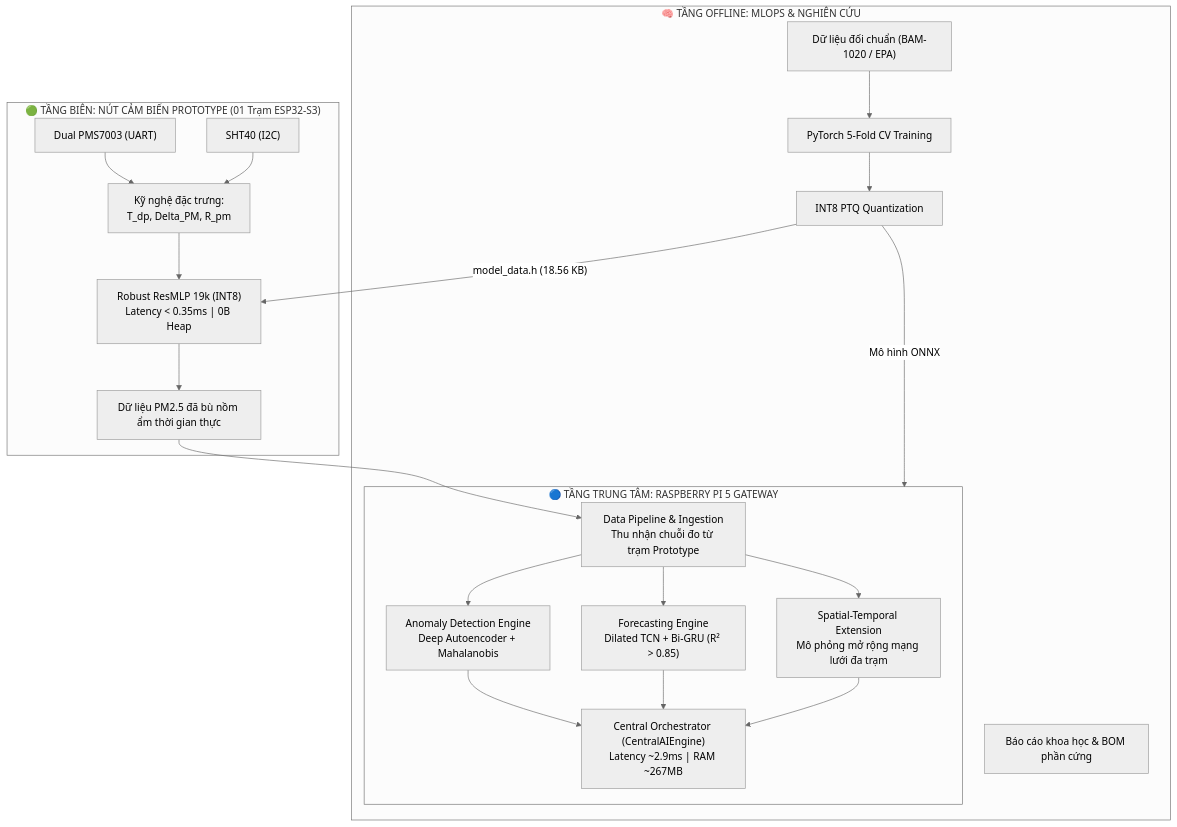
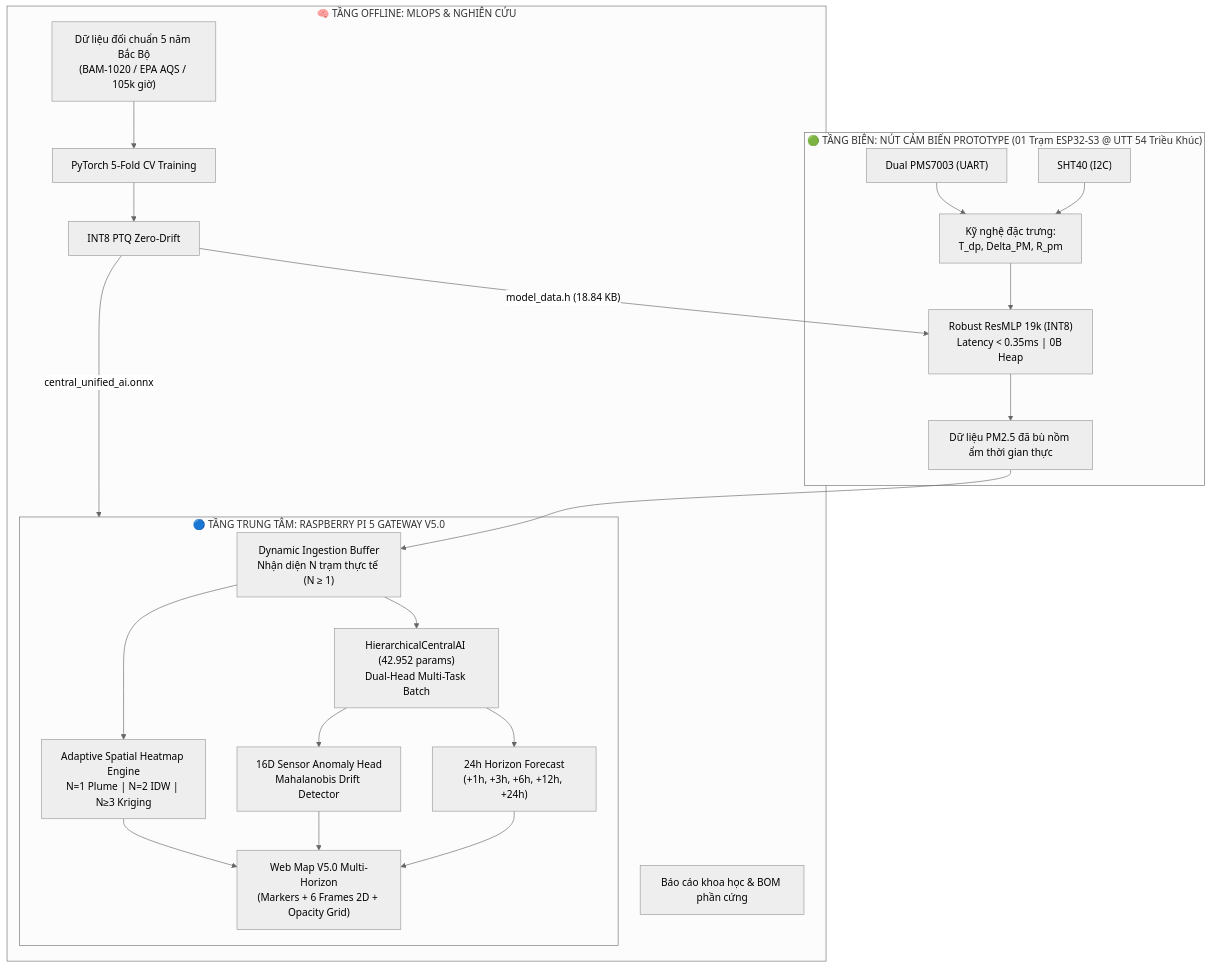
Before and after one commit to PhelanDev/AI-AQ-UTT_NCKH-sp: the diagram in README.md, drawn with Mermaid (neutral theme). The commit also changed other lines of this file and 6 other files, not shown here.

Commit message:
feat(v5): implement adaptive spatial web mapping, dynamic N-station scaling, and UTT default coordinates

````diff
--- a/README.md
+++ b/README.md
@@ -13,27 +21,28 @@
 ```mermaid
 graph TD
-    subgraph EdgeSensors["🟢 TẦNG BIÊN: NÚT CẢM BIẾN PROTOTYPE (01 Trạm ESP32-S3)"]
+    subgraph EdgeSensors["🟢 TẦNG BIÊN: NÚT CẢM BIẾN PROTOTYPE (01 Trạm ESP32-S3 @ UTT 54 Triều Khúc)"]
         S1["Dual PMS7003 (UART)"] --> FE["Kỹ nghệ đặc trưng:\nT_dp, Delta_PM, R_pm"]
         S2["SHT40 (I2C)"] --> FE
         FE --> TML["Robust ResMLP 19k (INT8)\nLatency < 0.35ms | 0B Heap"]
         TML --> ESP_OUT["Dữ liệu PM2.5 đã bù nồm ẩm thời gian thực"]
     end
 
-    subgraph CentralPi["🔵 TẦNG TRUNG TÂM: RASPBERRY PI 5 GATEWAY"]
-        ESP_OUT --> DP["Data Pipeline & Ingestion\nThu nhận chuỗi đo từ trạm Prototype"]
-        DP --> AE["Anomaly Detection Engine\nDeep Autoencoder + Mahalanobis"]
-        DP --> FC["Forecasting Engine\nDilated TCN + Bi-GRU (R² > 0.85)"]
-        DP --> STE["Spatial-Temporal Extension\nMô phỏng mở rộng mạng lưới đa trạm"]
-        AE --> CO["Central Orchestrator (CentralAIEngine)\nLatency ~2.9ms | RAM ~267MB"]
-        FC --> CO
-        STE --> CO
+    subgraph CentralPi["🔵 TẦNG TRUNG TÂM: RASPBERRY PI 5 GATEWAY V5.0"]
+        ESP_OUT --> DP["Dynamic Ingestion Buffer\nNhận diện N trạm thực tế (N ≥ 1)"]
+        DP --> UAI["HierarchicalCentralAI (42.952 params)\nDual-Head Multi-Task Batch"]
+        UAI --> FC["24h Horizon Forecast\n(+1h, +3h, +6h, +12h, +24h)"]
+        UAI --> AE["16D Sensor Anomaly Head\nMahalanobis Drift Detector"]
+        DP --> STE["Adaptive Spatial Heatmap Engine\nN=1 Plume | N=2 IDW | N≥3 Kriging"]
+        FC --> WM["Web Map V5.0 Multi-Horizon\n(Markers + 6 Frames 2D + Opacity Grid)"]
+        STE --> WM
+        AE --> WM
     end
 
     subgraph MLOpsDocs["🧠 TẦNG OFFLINE: MLOPS & NGHIÊN CỨU"]
-        DATA["Dữ liệu đối chuẩn (BAM-1020 / EPA)"] --> TRAIN["PyTorch 5-Fold CV Training"]
-        TRAIN --> QUANT["INT8 PTQ Quantization"]
-        QUANT --> |"model_data.h (18.56 KB)"| TML
-        QUANT --> |"Mô hình ONNX"| CentralPi
+        DATA["Dữ liệu đối chuẩn 5 năm Bắc Bộ\n(BAM-1020 / EPA AQS / 105k giờ)"] --> TRAIN["PyTorch 5-Fold CV Training"]
+        TRAIN --> QUANT["INT8 PTQ Zero-Drift"]
+        QUANT --> |"model_data.h (18.84 KB)"| TML
+        QUANT --> |"central_unified_ai.onnx"| CentralPi
         DOCS["Báo cáo khoa học & BOM phần cứng"]
     end
 ```
````
